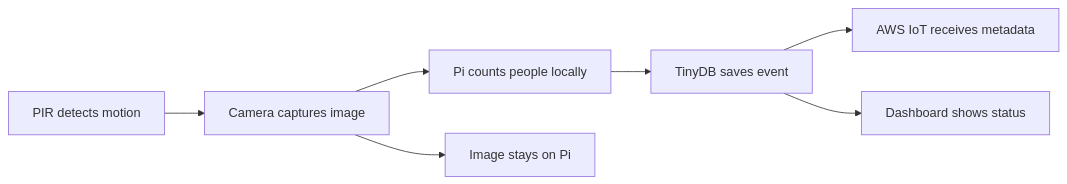
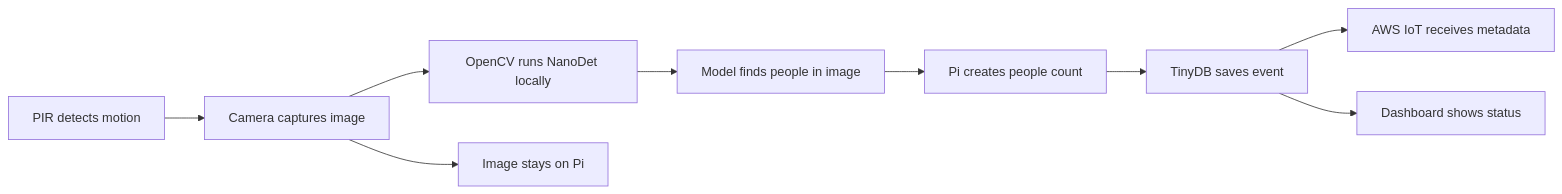
One commit to TheAditya123/iot- changed the diagram in README.md. Above: the diagram before and after it, drawn with Mermaid. The commit also changed other lines of this file, not shown here.

````diff
--- a/README.md
+++ b/README.md
@@ -8,9 +8,11 @@
 ```mermaid
 flowchart LR
     A[PIR detects motion] --> B[Camera captures image]
-    B --> C[Pi counts people locally]
-    C --> D[TinyDB saves event]
-    D --> E[AWS IoT receives metadata]
-    D --> F[Dashboard shows status]
-    B --> G[Image stays on Pi]
+    B --> C[OpenCV runs NanoDet locally]
+    C --> D[Model finds people in image]
+    D --> E[Pi creates people count]
+    E --> F[TinyDB saves event]
+    F --> G[AWS IoT receives metadata]
+    F --> H[Dashboard shows status]
+    B --> I[Image stays on Pi]
 ```
````
